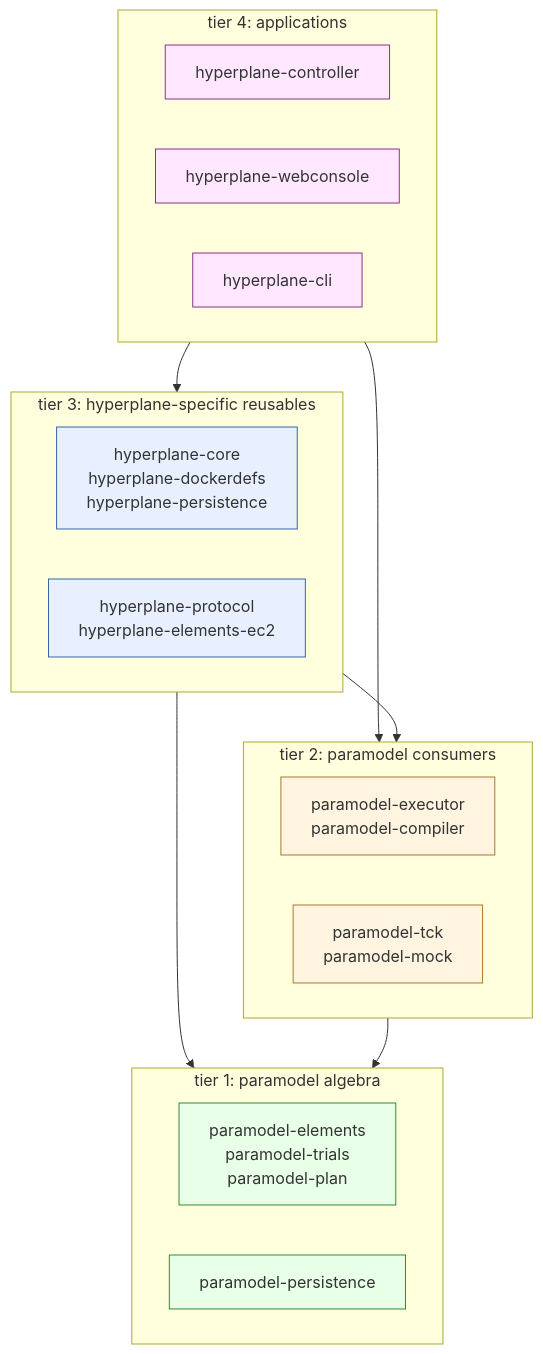
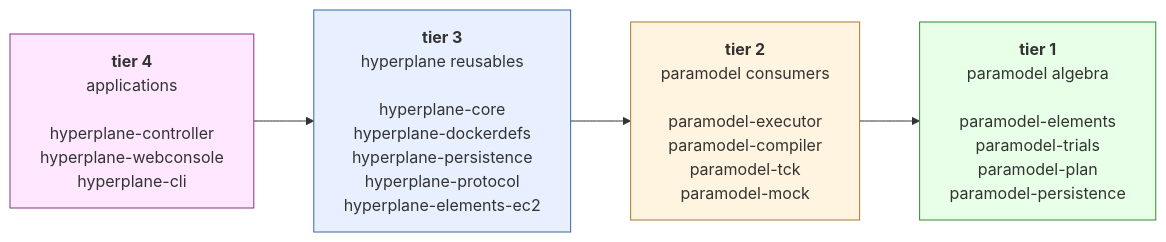
One commit to nosqlbench/hyperplane-rs changed the diagram in docs/design/diagrams/SRD-0002/dependency-layering.mmd. Above: the diagram before and after it, drawn with Mermaid. The commit also changed 36 other files, not shown here.

Commit message:
diagram fixes

```diff
--- a/docs/design/diagrams/SRD-0002/dependency-layering.mmd
+++ b/docs/design/diagrams/SRD-0002/dependency-layering.mmd
@@ -1,35 +1,19 @@
 %% Copyright (c) Jonathan Shook
 %% SPDX-License-Identifier: Apache-2.0
-flowchart TB
-    subgraph T4 ["tier 4: applications"]
-        CTRL["hyperplane-controller"]
-        WEB["hyperplane-webconsole"]
-        CLI["hyperplane-cli"]
-    end
-    subgraph T3 ["tier 3: hyperplane-specific reusables"]
-        CORE["hyperplane-core<br/>hyperplane-dockerdefs<br/>hyperplane-persistence"]
-        PROTO["hyperplane-protocol<br/>hyperplane-elements-ec2"]
-    end
-    subgraph T2 ["tier 2: paramodel consumers"]
-        EXEC["paramodel-executor<br/>paramodel-compiler"]
-        TCK["paramodel-tck<br/>paramodel-mock"]
-    end
-    subgraph T1 ["tier 1: paramodel algebra"]
-        ELEM["paramodel-elements<br/>paramodel-trials<br/>paramodel-plan"]
-        PERS["paramodel-persistence"]
-    end
+%%{init: {'flowchart': {'nodeSpacing': 40, 'rankSpacing': 60}}}%%
+flowchart LR
+    T1["<b>tier 1</b><br/>paramodel algebra<br/><br/>paramodel-elements<br/>paramodel-trials<br/>paramodel-plan<br/>paramodel-persistence"]
+    T2["<b>tier 2</b><br/>paramodel consumers<br/><br/>paramodel-executor<br/>paramodel-compiler<br/>paramodel-tck<br/>paramodel-mock"]
+    T3["<b>tier 3</b><br/>hyperplane reusables<br/><br/>hyperplane-core<br/>hyperplane-dockerdefs<br/>hyperplane-persistence<br/>hyperplane-protocol<br/>hyperplane-elements-ec2"]
+    T4["<b>tier 4</b><br/>applications<br/><br/>hyperplane-controller<br/>hyperplane-webconsole<br/>hyperplane-cli"]
 
-    T4 --> T3
-    T4 --> T2
-    T3 --> T2
-    T3 --> T1
-    T2 --> T1
+    T4 --> T3 --> T2 --> T1
 
     classDef t1 fill:#e8ffe8,stroke:#338833
     classDef t2 fill:#fff4e0,stroke:#aa7733
     classDef t3 fill:#e8f0ff,stroke:#3366aa
     classDef t4 fill:#ffe8ff,stroke:#883388
-    class ELEM,PERS t1
-    class EXEC,TCK t2
-    class CORE,PROTO t3
-    class CTRL,WEB,CLI t4
+    class T1 t1
+    class T2 t2
+    class T3 t3
+    class T4 t4
```
